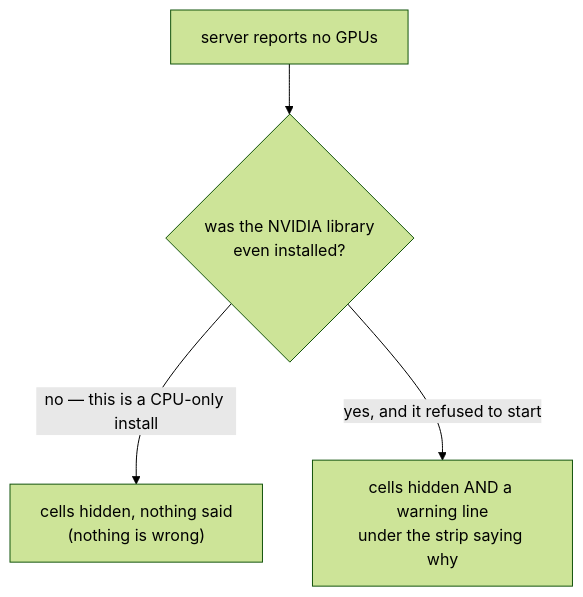
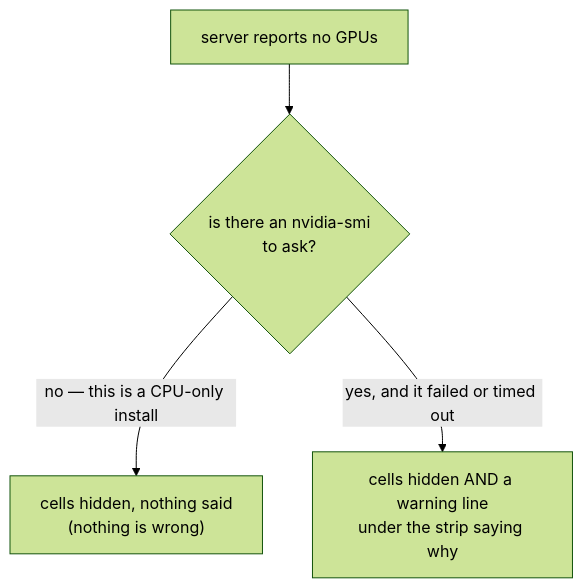
One commit to Qing-LAB/molbuilder changed the fourth of 4 diagrams in docs/web/results.md. Above: the diagram before and after it, drawn with Mermaid (forest theme). The commit also changed other lines of this file and 59 other files, not shown here.

````diff
--- a/docs/web/results.md
+++ b/docs/web/results.md
@@ -1240,6 +1243,6 @@
 ```mermaid
 flowchart TD
-  Q["server reports no GPUs"] --> A{"was the NVIDIA library<br/>even installed?"}
+  Q["server reports no GPUs"] --> A{"is there an nvidia-smi<br/>to ask?"}
   A -->|"no — this is a CPU-only install"| CPU["cells hidden, nothing said<br/>(nothing is wrong)"]
-  A -->|"yes, and it refused to start"| ERR["cells hidden AND a warning line<br/>under the strip saying why"]
+  A -->|"yes, and it failed or timed out"| ERR["cells hidden AND a warning line<br/>under the strip saying why"]
 ```
````
